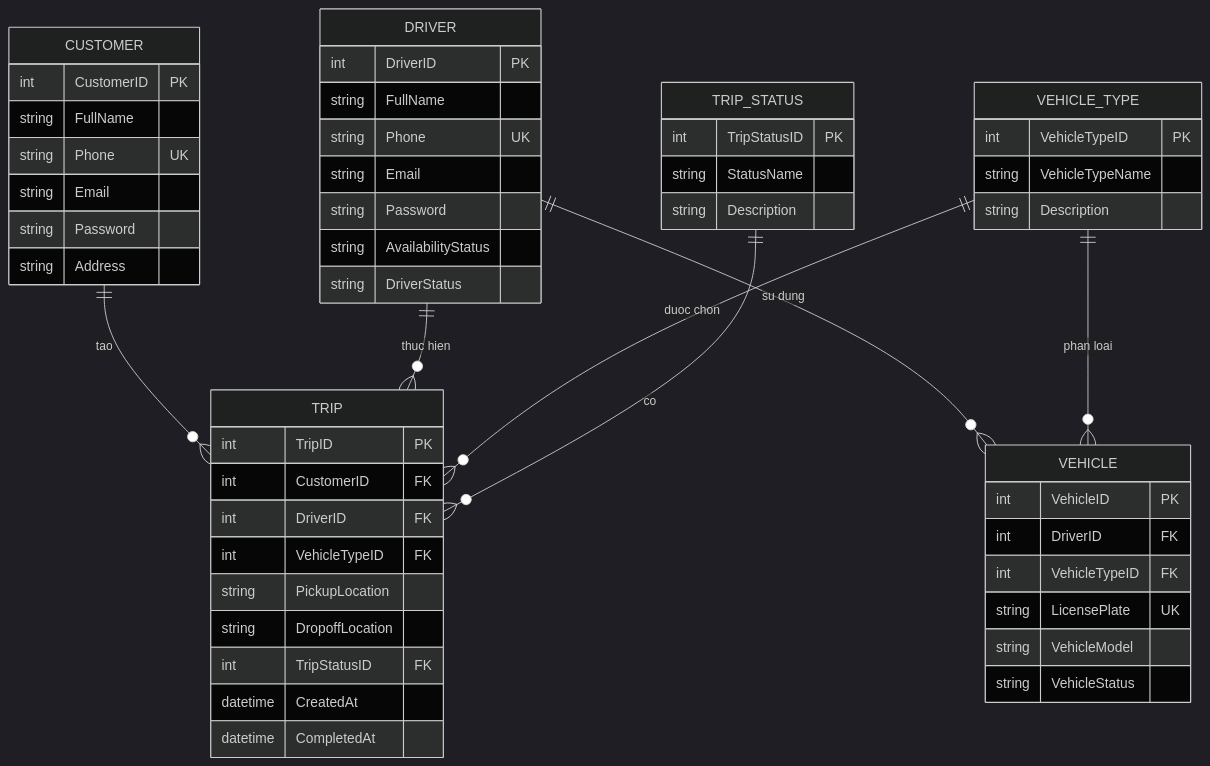
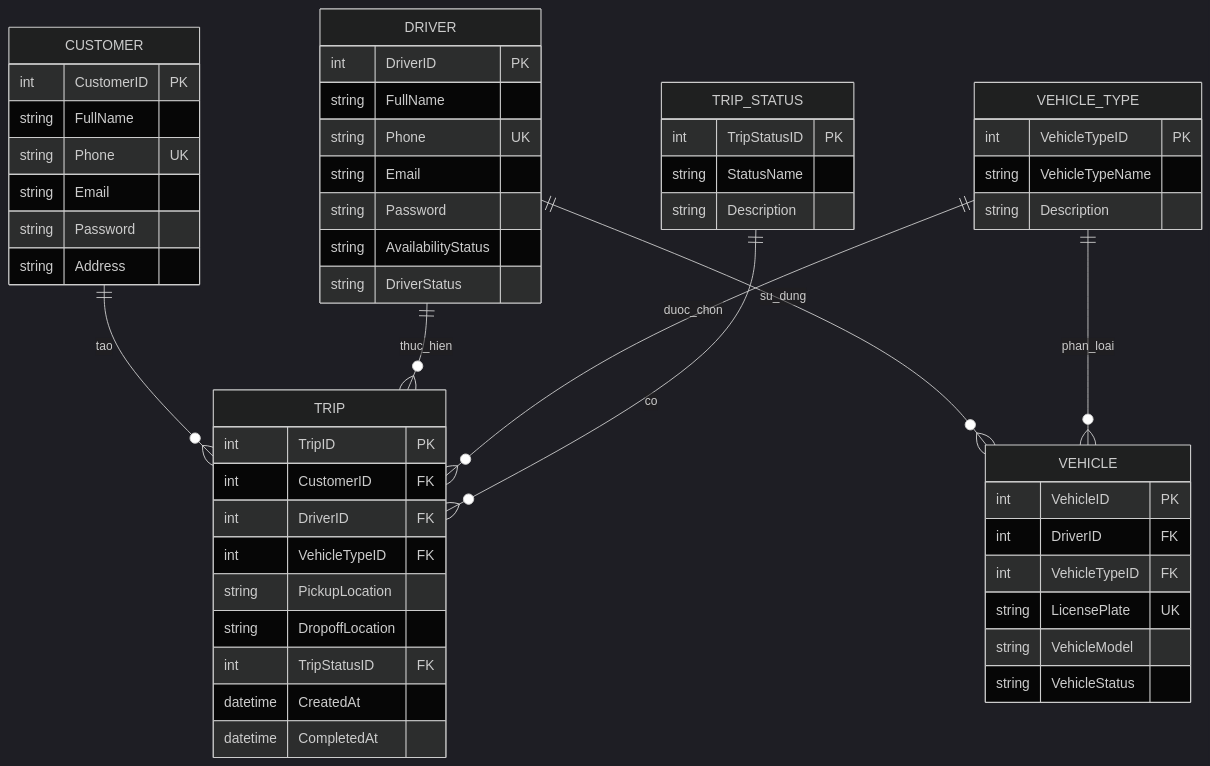
One commit to hieunghia11a10-prog/23670421_LeHieuNghia_CABSYSTEM changed diagram 13 of 14 in SRS.md. Above: the diagram before and after it, drawn with Mermaid (dark theme). The commit also changed other lines of this file, not shown here.

````diff
--- a/SRS.md
+++ b/SRS.md
@@ -1120,62 +1057,62 @@
 ```mermaid
 erDiagram
 
-    CUSTOMER ||--o{ TRIP : "tao"
-    DRIVER ||--o{ TRIP : "thuc hien"
-    DRIVER ||--o{ VEHICLE : "su dung"
-    VEHICLE_TYPE ||--o{ VEHICLE : "phan loai"
-    VEHICLE_TYPE ||--o{ TRIP : "duoc chon"
-    TRIP_STATUS ||--o{ TRIP : "co"
+    CUSTOMER ||--o{ TRIP : tao
+    DRIVER ||--o{ TRIP : thuc_hien
+    DRIVER ||--o{ VEHICLE : su_dung
+    VEHICLE_TYPE ||--o{ VEHICLE : phan_loai
+    VEHICLE_TYPE ||--o{ TRIP : duoc_chon
+    TRIP_STATUS ||--o{ TRIP : co
 
     CUSTOMER {
         int CustomerID PK
         string FullName
         string Phone UK
         string Email
         string Password
         string Address
     }
 
     DRIVER {
         int DriverID PK
         string FullName
         string Phone UK
         string Email
         string Password
         string AvailabilityStatus
         string DriverStatus
     }
 
     VEHICLE {
         int VehicleID PK
         int DriverID FK
         int VehicleTypeID FK
         string LicensePlate UK
         string VehicleModel
         string VehicleStatus
     }
 
     VEHICLE_TYPE {
         int VehicleTypeID PK
         string VehicleTypeName
         string Description
     }
 
     TRIP {
         int TripID PK
         int CustomerID FK
         int DriverID FK
         int VehicleTypeID FK
         string PickupLocation
         string DropoffLocation
         int TripStatusID FK
         datetime CreatedAt
         datetime CompletedAt
     }
 
     TRIP_STATUS {
         int TripStatusID PK
         string StatusName
         string Description
     }
 ```
````
